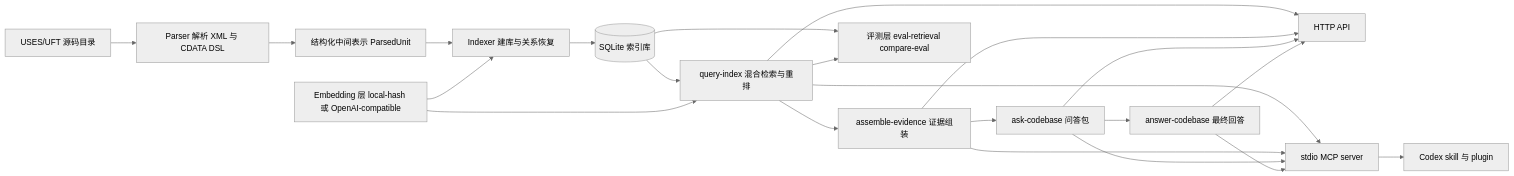
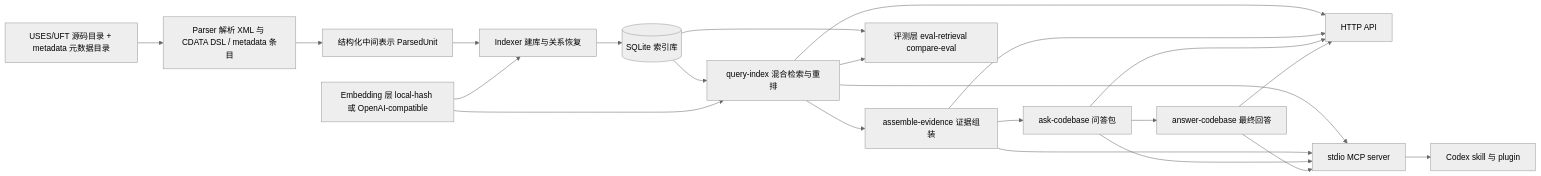
The first of 2 diagrams in docs/ARCHITECTURE.md (songscholar/fintech-search), drawn with Mermaid (neutral theme) before and after one commit. The commit also changed other lines of this file and 15 other files, not shown here.

````diff
--- a/docs/ARCHITECTURE.md
+++ b/docs/ARCHITECTURE.md
@@ -60,33 +63,33 @@
 ```mermaid
 flowchart LR
-    SRC["USES/UFT 源码目录"]
-    PARSER["Parser 解析 XML 与 CDATA DSL"]
+    SRC["USES/UFT 源码目录 + metadata 元数据目录"]
+    PARSER["Parser 解析 XML 与 CDATA DSL / metadata 条目"]
     IR["结构化中间表示 ParsedUnit"]
     INDEXER["Indexer 建库与关系恢复"]
     DB[("SQLite 索引库")]
     EMB["Embedding 层 local-hash 或 OpenAI-compatible"]
     RETRIEVE["query-index 混合检索与重排"]
     EVIDENCE["assemble-evidence 证据组装"]
     QA["ask-codebase 问答包"]
     ANSWER["answer-codebase 最终回答"]
     HTTP["HTTP API"]
     MCP["stdio MCP server"]
     CODEX["Codex skill 与 plugin"]
     EVAL["评测层 eval-retrieval compare-eval"]
 
     SRC --> PARSER --> IR --> INDEXER --> DB
     EMB --> INDEXER
     DB --> RETRIEVE --> EVIDENCE --> QA --> ANSWER
     EMB --> RETRIEVE
     DB --> EVAL
     RETRIEVE --> EVAL
     RETRIEVE --> HTTP
     EVIDENCE --> HTTP
     QA --> HTTP
     ANSWER --> HTTP
     RETRIEVE --> MCP
     EVIDENCE --> MCP
     QA --> MCP
     ANSWER --> MCP
     MCP --> CODEX
 ```
````
